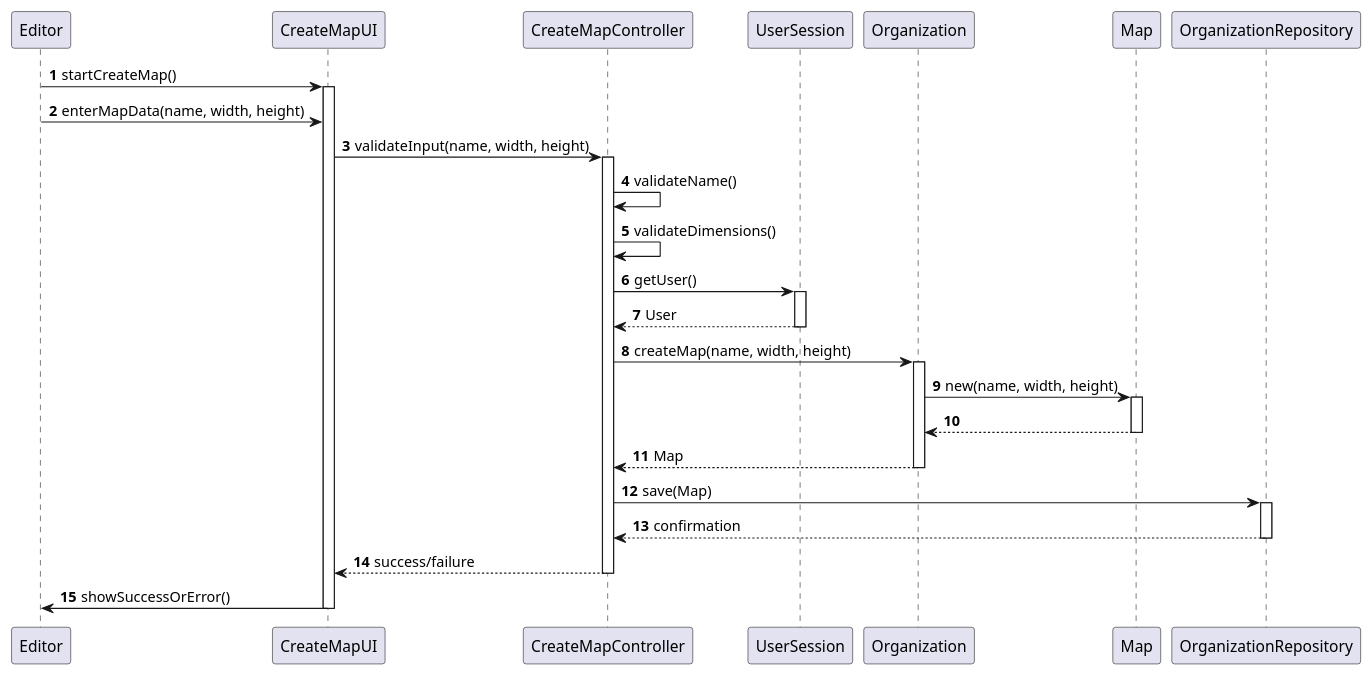
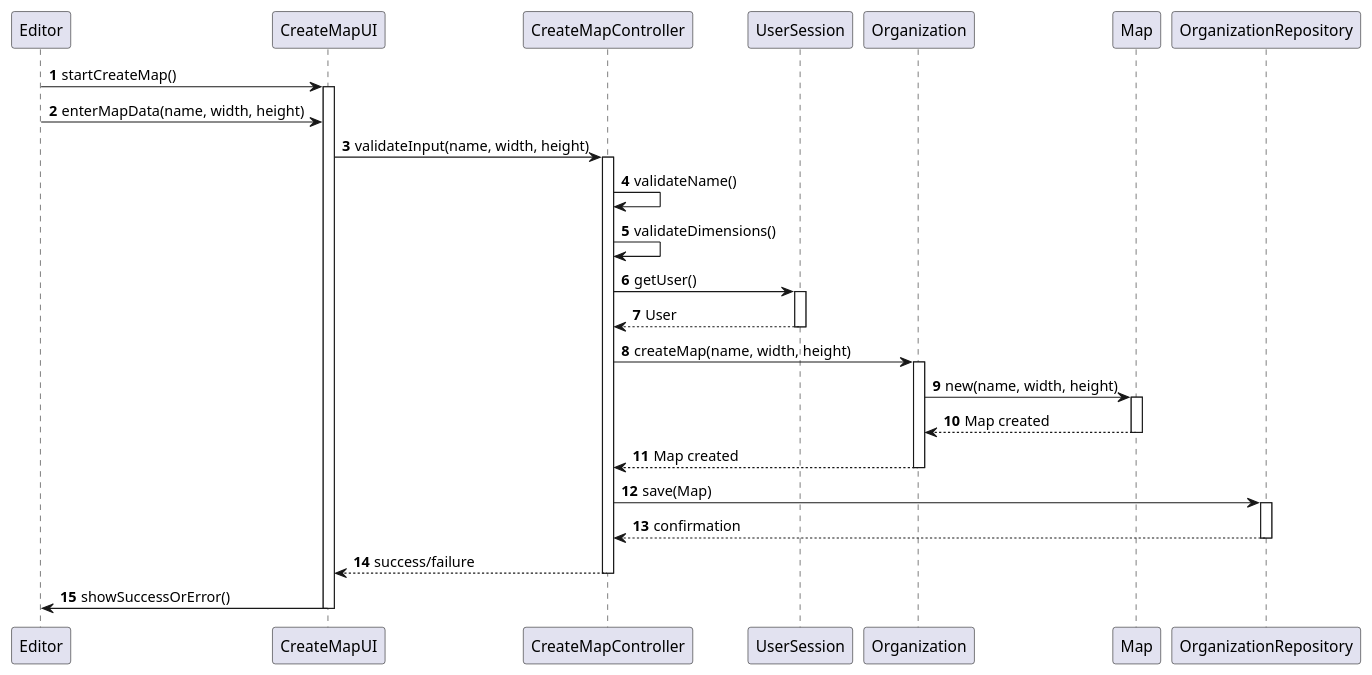
The diagram in Sprint2/US01/03.design.us01/puml/US01-SD-full.puml (Andremonteiro1240850/railway_simulator), drawn with PlantUML before and after one commit. The commit also changed other lines of this file and 6 other files, not shown here.

```diff
--- a/Sprint2/US01/03.design.us01/puml/US01-SD-full.puml
+++ b/Sprint2/US01/03.design.us01/puml/US01-SD-full.puml
@@ -1,56 +1,56 @@
 @startuml
 'https://plantuml.com/sequence-diagram
 'skinparam monochrome true
 skinparam packageStyle rectangle
 skinparam shadowing false
 
 autonumber
 
 'hide footbox
 
 ' Editor inicia o caso de uso
 Editor -> CreateMapUI : startCreateMap()
 activate CreateMapUI
 
 ' Editor insere os dados do mapa (nome e dimensões)
 Editor -> CreateMapUI : enterMapData(name, width, height)
 
 ' UI envia os dados ao controller para validação
 CreateMapUI -> CreateMapController : validateInput(name, width, height)
 activate CreateMapController
 
 ' Controller executa validações locais
 CreateMapController -> CreateMapController : validateName()
 CreateMapController -> CreateMapController : validateDimensions()
 
 ' Controller obtém o utilizador autenticado
 CreateMapController -> UserSession : getUser()
 activate UserSession
 UserSession --> CreateMapController : User
 deactivate UserSession
 
 ' Organização cria o mapa
 CreateMapController -> Organization : createMap(name, width, height)
 activate Organization
 Organization -> Map : new(name, width, height)
 activate Map
-Map --> Organization
+Map --> Organization : Map created
 deactivate Map
-Organization --> CreateMapController : Map
+Organization --> CreateMapController : Map created
 deactivate Organization
 
 ' Controller persiste o mapa
 CreateMapController -> OrganizationRepository : save(Map)
 activate OrganizationRepository
 OrganizationRepository --> CreateMapController : confirmation
 deactivate OrganizationRepository
 
 ' Controller devolve o resultado à UI
 CreateMapController --> CreateMapUI : success/failure
 deactivate CreateMapController
 
 ' UI mostra mensagem ao Editor
 CreateMapUI -> Editor : showSuccessOrError()
 deactivate CreateMapUI
 
 @enduml
```
